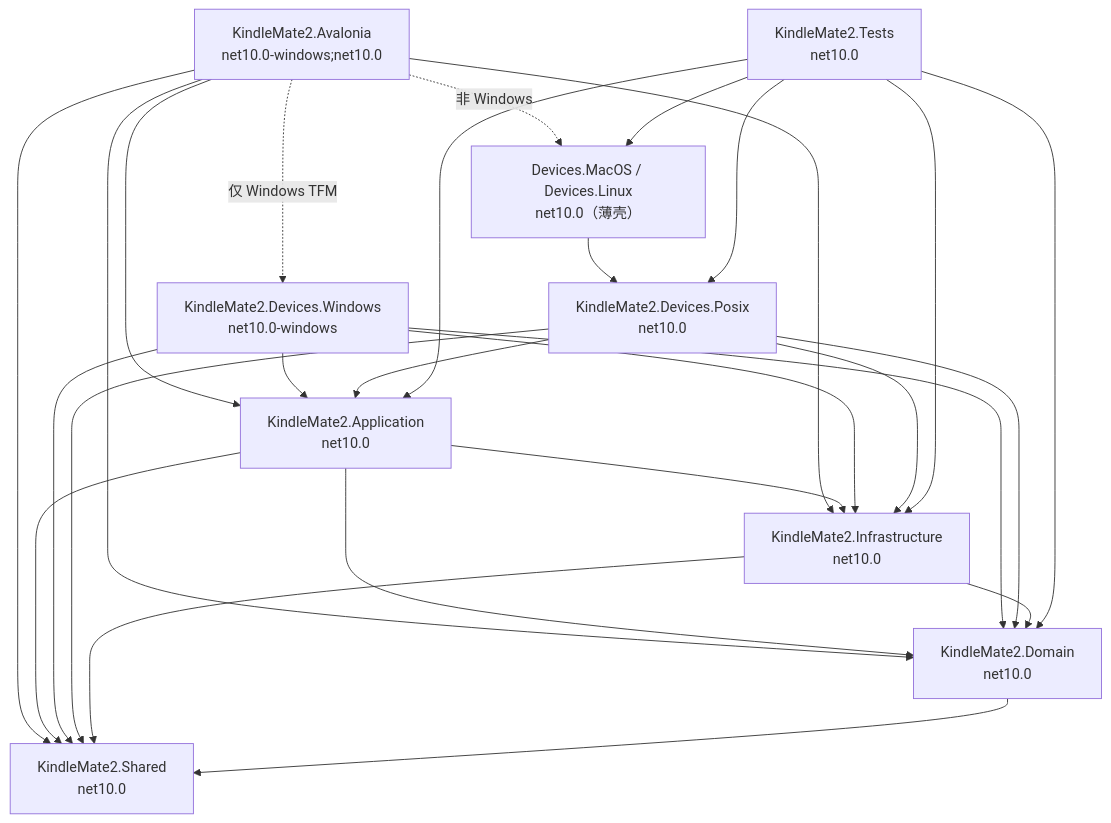
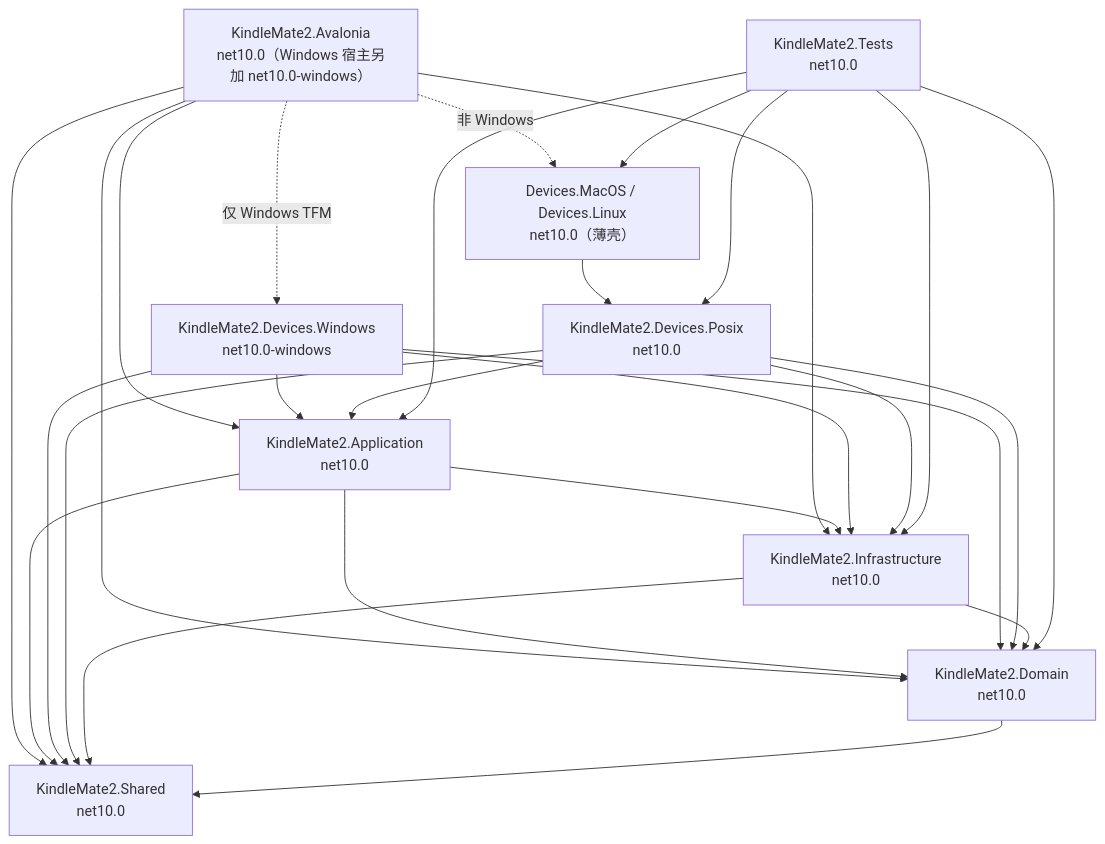
Before and after one commit to lzcapp/KindleMate2: the diagram in arch.md, drawn with Mermaid. The commit also changed other lines of this file and 1 other file, not shown here.

First line of the commit message:
docs(arch): 同步 TFM 条件化 —— arch.md 表格/mermaid/边界说明 + build.yml 过时注释

````diff
--- a/arch.md
+++ b/arch.md
@@ -53,35 +53,35 @@
 ```mermaid
 graph TD
-    UI["KindleMate2.Avalonia<br/>net10.0-windows;net10.0"] --> APP["KindleMate2.Application<br/>net10.0"]
+    UI["KindleMate2.Avalonia<br/>net10.0（Windows 宿主另加 net10.0-windows）"] --> APP["KindleMate2.Application<br/>net10.0"]
     UI --> INF["KindleMate2.Infrastructure<br/>net10.0"]
     UI --> DOM["KindleMate2.Domain<br/>net10.0"]
     UI --> SH["KindleMate2.Shared<br/>net10.0"]
     UI -. "仅 Windows TFM" .-> DEV["KindleMate2.Devices.Windows<br/>net10.0-windows"]
     UI -. "非 Windows" .-> POS["Devices.MacOS / Devices.Linux<br/>net10.0（薄壳）"]
 
     APP --> DOM
     APP --> INF
     APP --> SH
 
     DEV --> APP
     DEV --> DOM
     DEV --> INF
     DEV --> SH
 
     POS --> POSIX["KindleMate2.Devices.Posix<br/>net10.0"]
     POSIX --> APP
     POSIX --> DOM
     POSIX --> INF
     POSIX --> SH
 
     INF --> DOM
     INF --> SH
 
     DOM --> SH
 
     T["KindleMate2.Tests<br/>net10.0"] --> APP
     T --> INF
     T --> DOM
     T --> POS
     T --> POSIX
 ```
````
